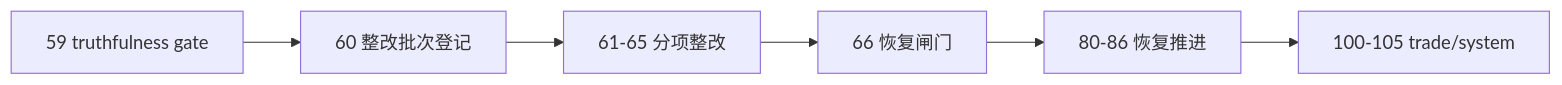
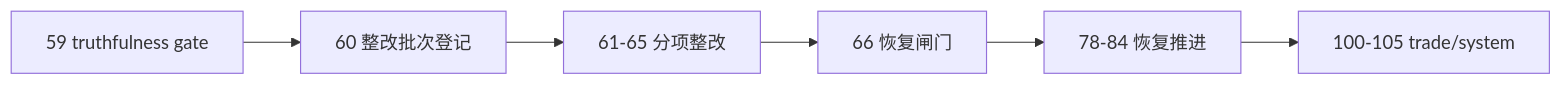
One commit to everything-is-simple/lifespan-0.01 changed the diagram in docs/03-execution/60-mainline-rectification-batch-registration-and-scope-freeze-card-20260415.md. Above: the diagram before and after it, drawn with Mermaid. The commit also changed other lines of this file and 86 other files, not shown here.

````diff
--- a/docs/03-execution/60-mainline-rectification-batch-registration-and-scope-freeze-card-20260415.md
+++ b/docs/03-execution/60-mainline-rectification-batch-registration-and-scope-freeze-card-20260415.md
@@ -51,8 +51,8 @@
 ```mermaid
 flowchart LR
     C59["59 truthfulness gate"] --> C60["60 整改批次登记"]
     C60 --> C61["61-65 分项整改"]
     C61 --> C66["66 恢复闸门"]
-    C66 --> C80["80-86 恢复推进"]
+    C66 --> C80["78-84 恢复推进"]
     C80 --> C100["100-105 trade/system"]
 ```
````
